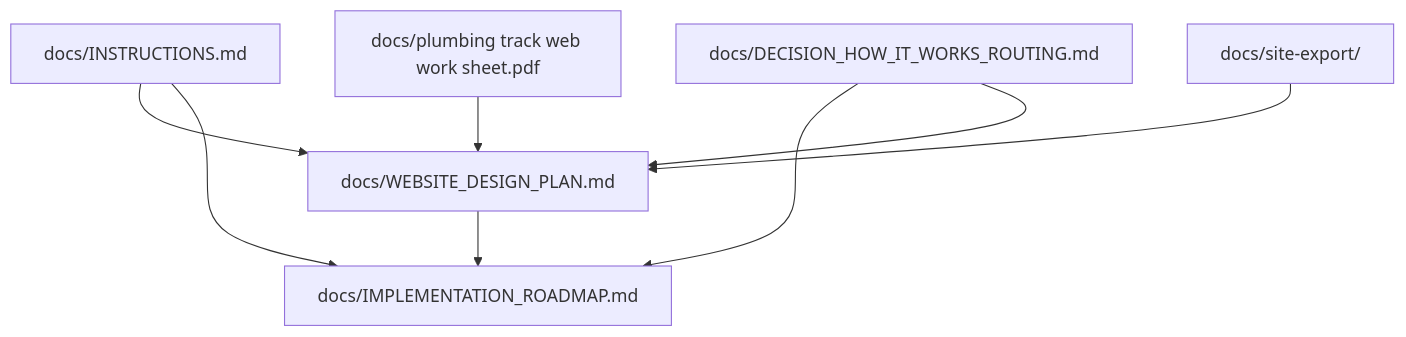
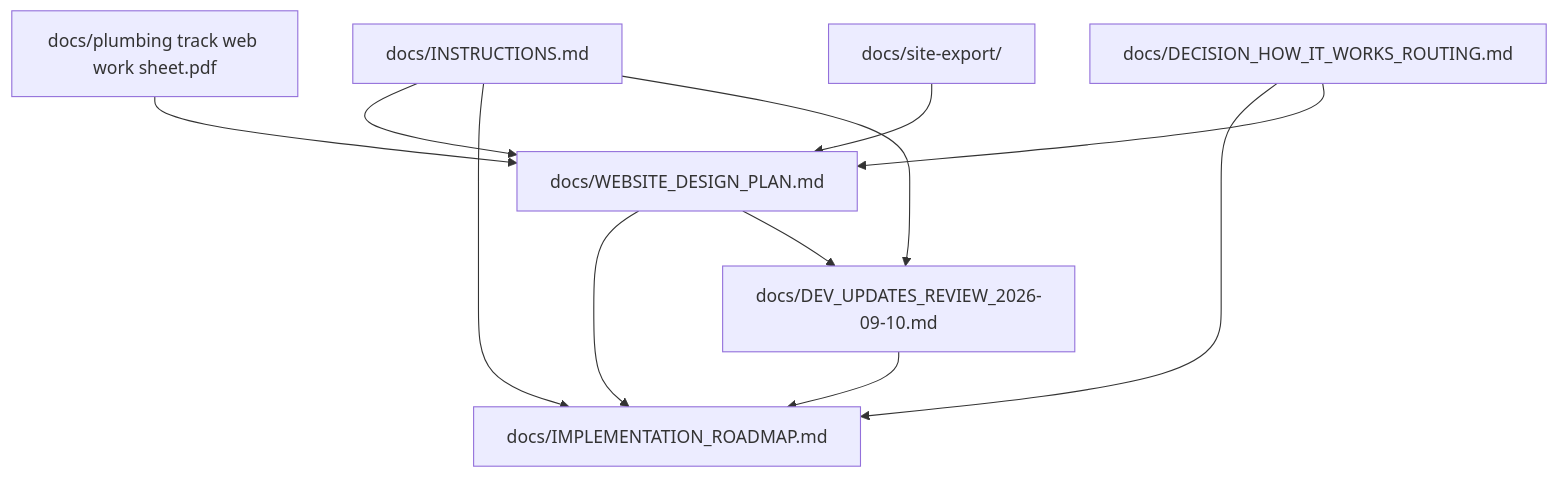
Before and after one commit to seanbman/pt-site-updates: the diagram in docs/INDEX.md, drawn with Mermaid. The commit also changed other lines of this file and 4 other files, not shown here.

````diff
--- a/docs/INDEX.md
+++ b/docs/INDEX.md
@@ -18,17 +19,21 @@
 ```mermaid
 flowchart TD
     I[docs/INSTRUCTIONS.md]
     D[docs/WEBSITE_DESIGN_PLAN.md]
     R[docs/IMPLEMENTATION_ROADMAP.md]
+    V[docs/DEV_UPDATES_REVIEW_2026-09-10.md]
     H[docs/DECISION_HOW_IT_WORKS_ROUTING.md]
     W[docs/plumbing track web work sheet.pdf]
     S[docs/site-export/]
 
     I --> D
     D --> R
     I --> R
+    D --> V
+    I --> V
+    V --> R
     H --> R
     H --> D
     W --> D
     S --> D
 ```
````
